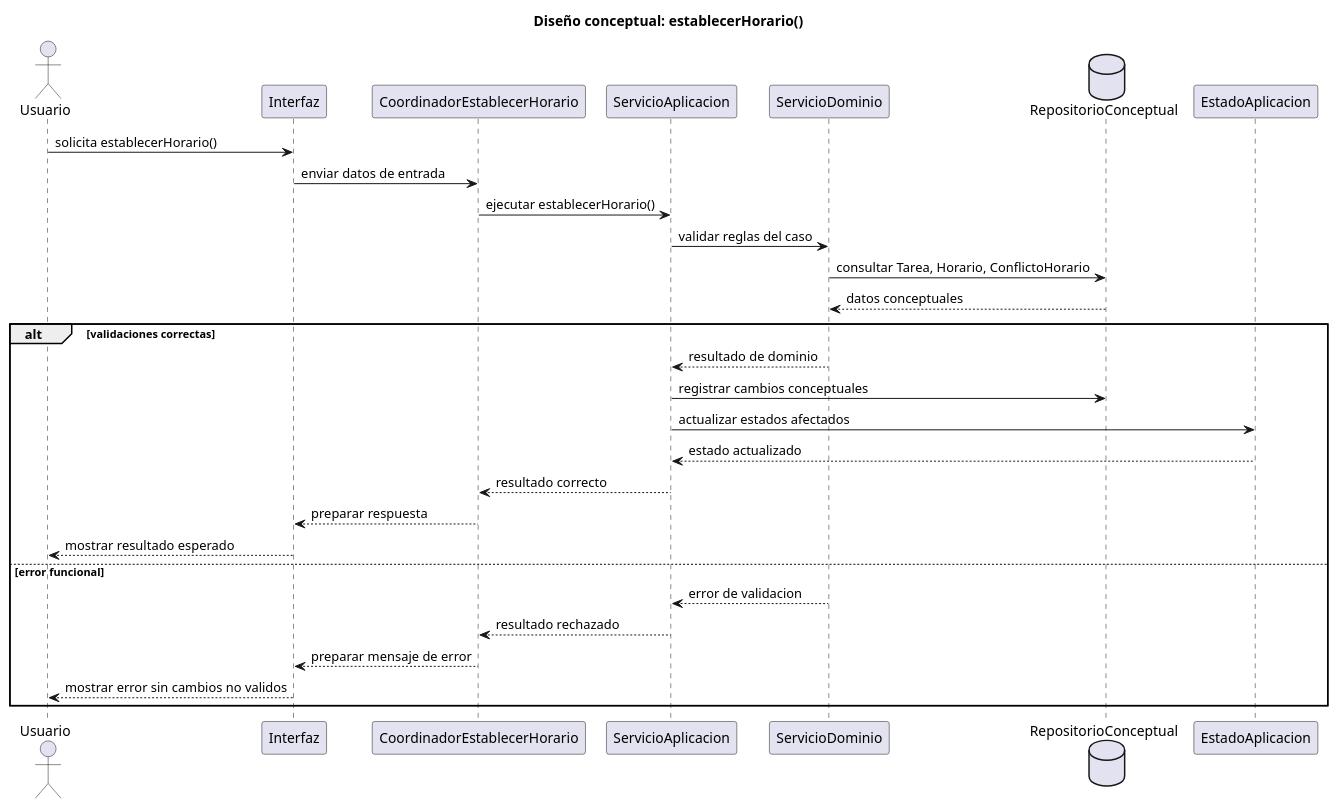
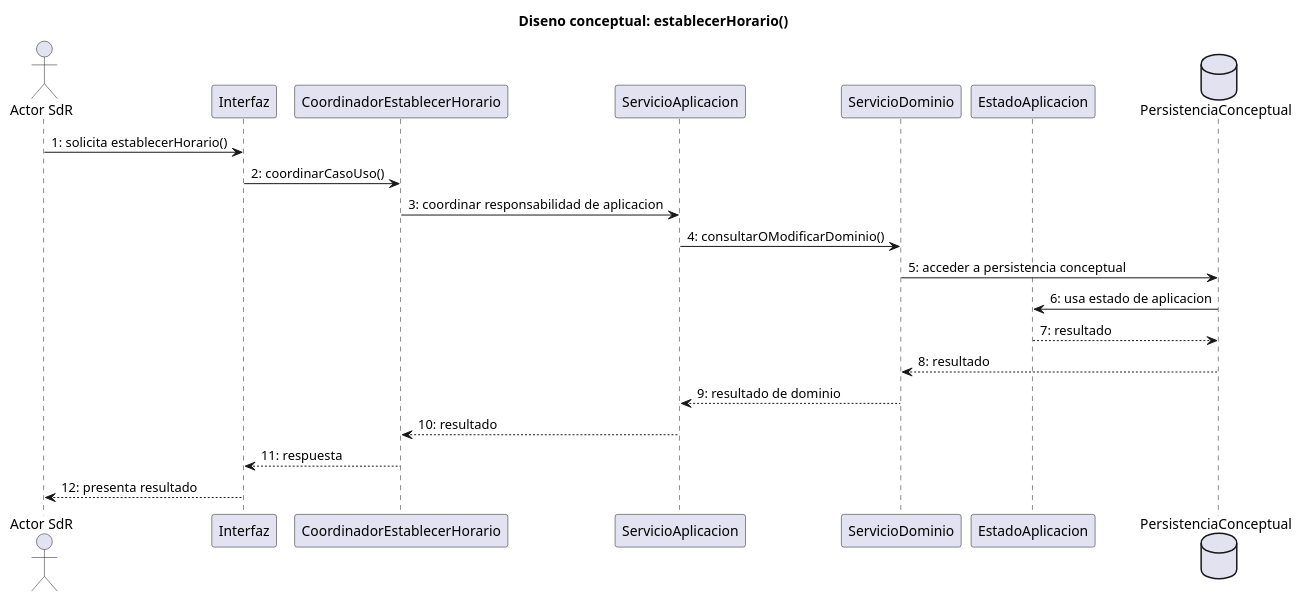
One commit to inigovaqueroo04/25-26-idsw2-sdVC changed the diagram in documents/RUP/02-diseño/casos-uso/planificacion-configuracion/establecerHorario/README.md. Above: the diagram before and after it, drawn with PlantUML. The commit also changed other lines of this file and 24 other files, not shown here.

Commit message:
docs: validar trazabilidad integral de diseno

````diff
--- a/documents/RUP/02-diseño/casos-uso/planificacion-configuracion/establecerHorario/README.md
+++ b/documents/RUP/02-diseño/casos-uso/planificacion-configuracion/establecerHorario/README.md
@@ -87,36 +85,27 @@
 ```plantuml
 @startuml establecerHorario-diseno-secuencia
-title Diseño conceptual: establecerHorario()
+title Diseno conceptual: establecerHorario()
 
-actor "Usuario" as Usuario
+actor "Actor SdR" as Actor
 participant "Interfaz" as Interfaz
 participant "CoordinadorEstablecerHorario" as Coordinador
 participant "ServicioAplicacion" as ServicioAplicacion
 participant "ServicioDominio" as ServicioDominio
-database "RepositorioConceptual" as Repositorio
 participant "EstadoAplicacion" as EstadoAplicacion
+database "PersistenciaConceptual" as Persistencia
 
-Usuario -> Interfaz : solicita establecerHorario()
-Interfaz -> Coordinador : enviar datos de entrada
-Coordinador -> ServicioAplicacion : ejecutar establecerHorario()
-ServicioAplicacion -> ServicioDominio : validar reglas del caso
-ServicioDominio -> Repositorio : consultar Tarea, Horario, ConflictoHorario
-Repositorio --> ServicioDominio : datos conceptuales
-
-alt validaciones correctas
-  ServicioDominio --> ServicioAplicacion : resultado de dominio
-  ServicioAplicacion -> Repositorio : registrar cambios conceptuales
-  ServicioAplicacion -> EstadoAplicacion : actualizar estados afectados
-  EstadoAplicacion --> ServicioAplicacion : estado actualizado
-  ServicioAplicacion --> Coordinador : resultado correcto
-  Coordinador --> Interfaz : preparar respuesta
-  Interfaz --> Usuario : mostrar resultado esperado
-else error funcional
-  ServicioDominio --> ServicioAplicacion : error de validacion
-  ServicioAplicacion --> Coordinador : resultado rechazado
-  Coordinador --> Interfaz : preparar mensaje de error
-  Interfaz --> Usuario : mostrar error sin cambios no validos
-end
+Actor -> Interfaz : 1: solicita establecerHorario()
+Interfaz -> Coordinador : 2: coordinarCasoUso()
+Coordinador -> ServicioAplicacion : 3: coordinar responsabilidad de aplicacion
+ServicioAplicacion -> ServicioDominio : 4: consultarOModificarDominio()
+ServicioDominio -> Persistencia : 5: acceder a persistencia conceptual
+Persistencia -> EstadoAplicacion : 6: usa estado de aplicacion
+EstadoAplicacion --> Persistencia : 7: resultado
+Persistencia --> ServicioDominio : 8: resultado
+ServicioDominio --> ServicioAplicacion : 9: resultado de dominio
+ServicioAplicacion --> Coordinador : 10: resultado
+Coordinador --> Interfaz : 11: respuesta
+Interfaz --> Actor : 12: presenta resultado
 
 @enduml
 ```
````
